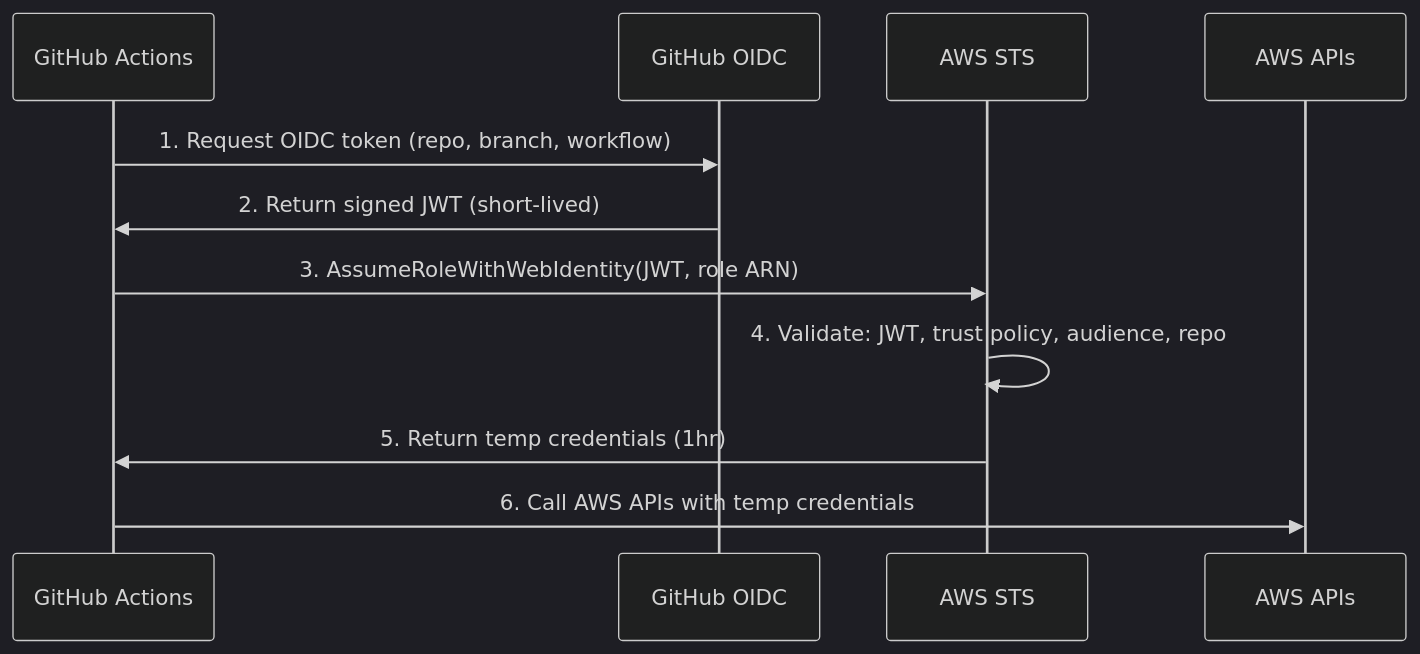
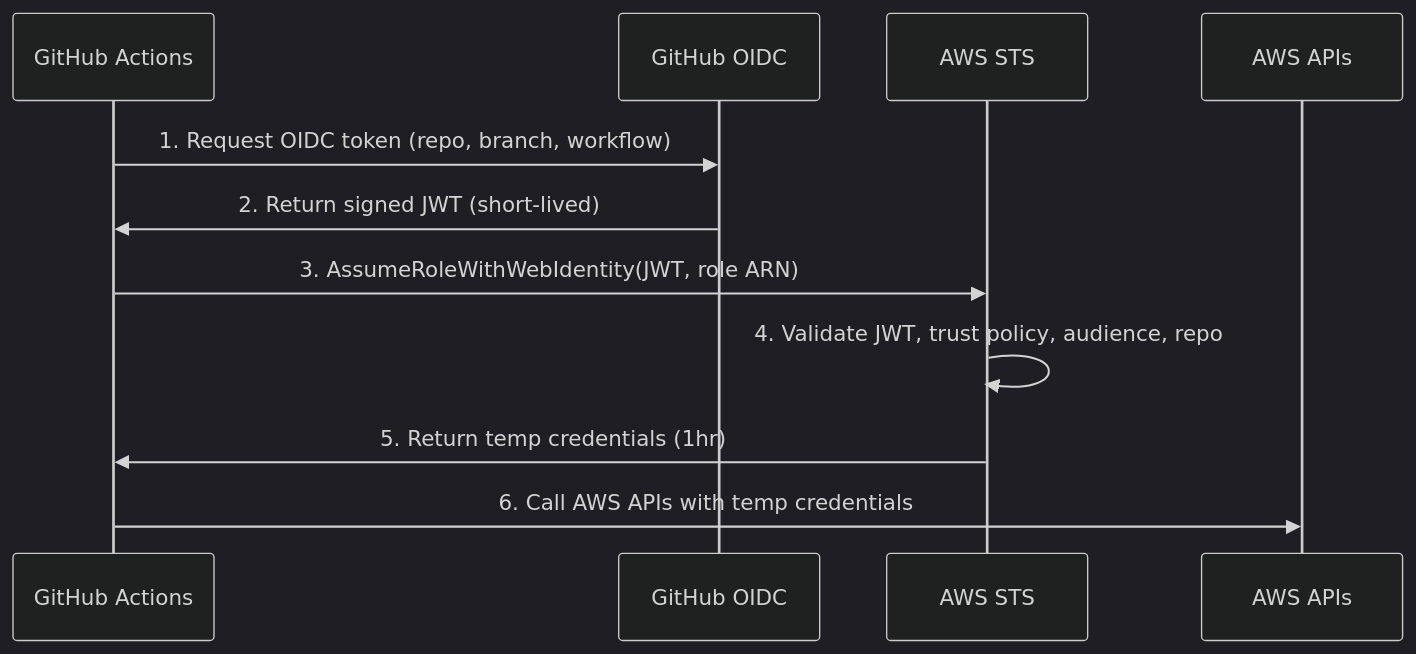
The diagram in docs/AWS_OIDC_SETUP.md (wlevan3/ml-platform-engineering-practicum), drawn with Mermaid (dark theme) before and after one commit. The commit also changed other lines of this file and 4 other files, not shown here.

````diff
--- a/docs/AWS_OIDC_SETUP.md
+++ b/docs/AWS_OIDC_SETUP.md
@@ -51,14 +51,14 @@
 ```mermaid
 sequenceDiagram
     participant GHA as GitHub Actions
     participant OIDC as GitHub OIDC
     participant STS as AWS STS
     participant AWS as AWS APIs
 
     GHA->>OIDC: 1. Request OIDC token (repo, branch, workflow)
     OIDC->>GHA: 2. Return signed JWT (short-lived)
     GHA->>STS: 3. AssumeRoleWithWebIdentity(JWT, role ARN)
-    STS->>STS: 4. Validate: JWT, trust policy, audience, repo
+    STS->>STS: 4. Validate JWT, trust policy, audience, repo
     STS->>GHA: 5. Return temp credentials (1hr)
     GHA->>AWS: 6. Call AWS APIs with temp credentials
 ```
````
